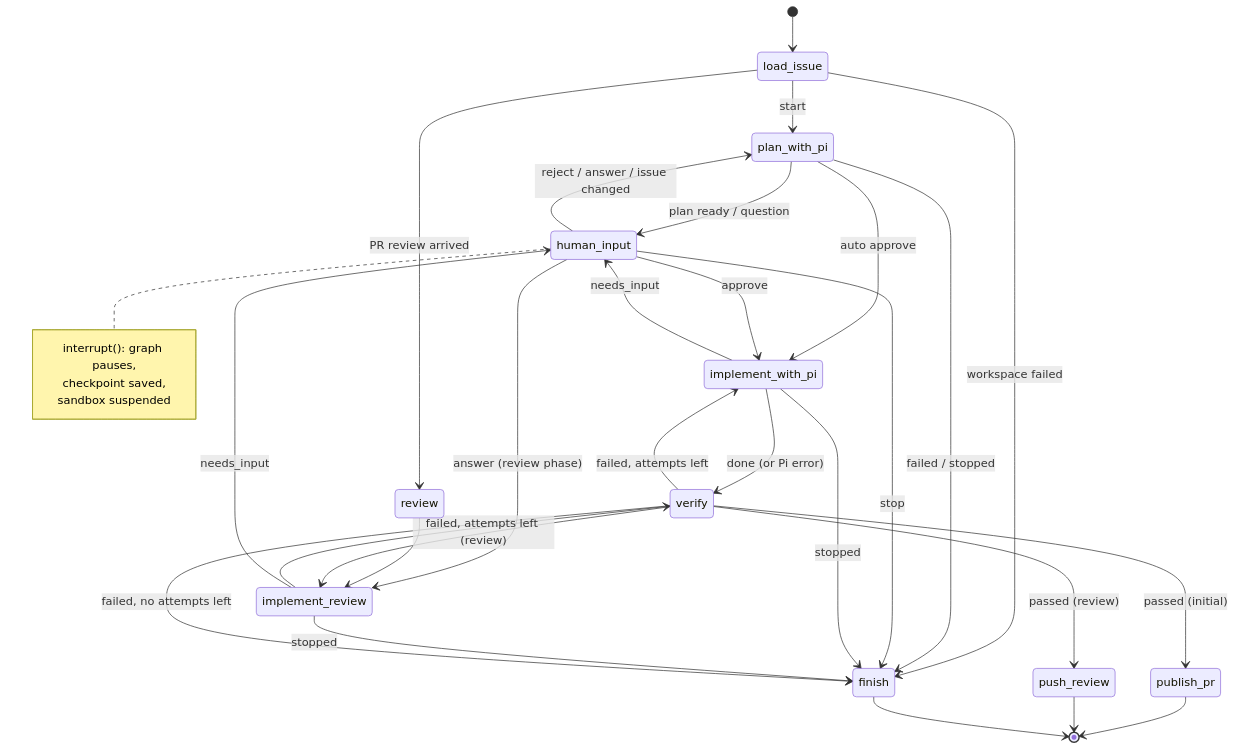
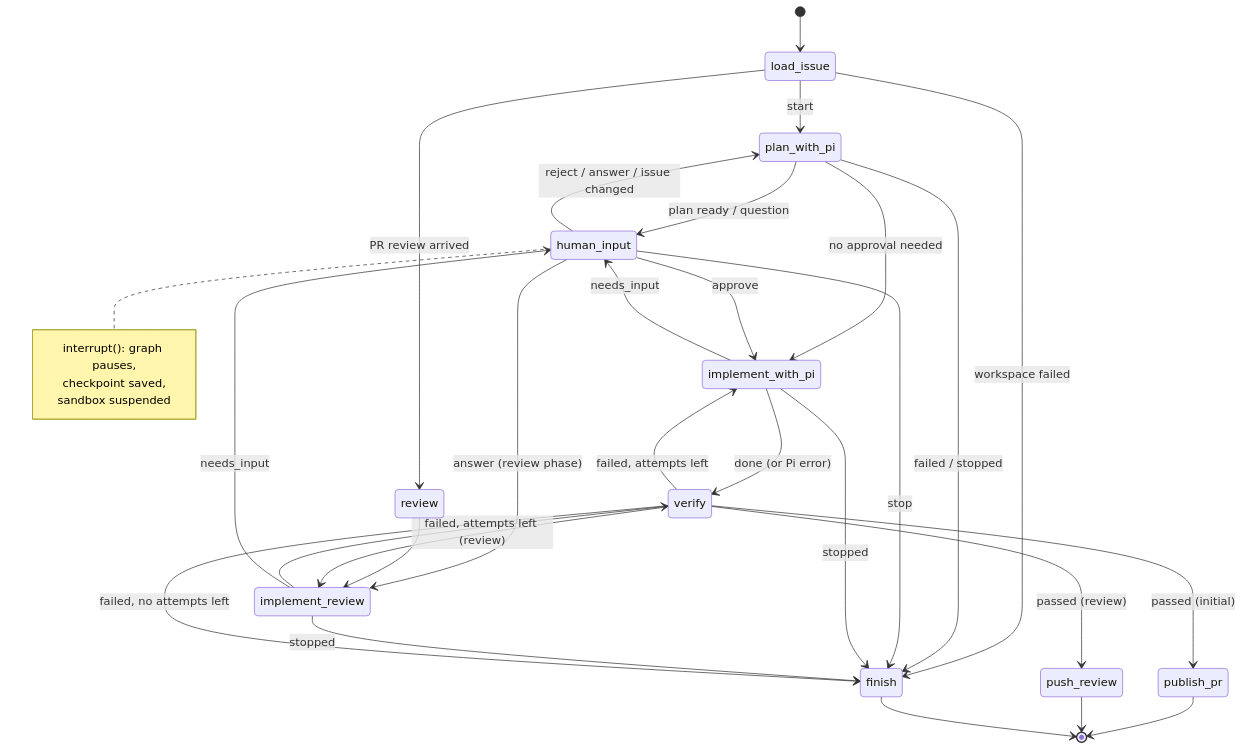
The first of 3 diagrams in docs/04-state-graph.md (NetanelRotem/agent-demo-taskboard), drawn with Mermaid before and after one commit. The commit also changed other lines of this file and 28 other files, not shown here.

First line of the commit message:
Add live dashboard, review rounds, and complexity-based plan approval

````diff
--- a/docs/04-state-graph.md
+++ b/docs/04-state-graph.md
@@ -15,42 +15,42 @@
 ```mermaid
 stateDiagram-v2
     [*] --> load_issue
 
     load_issue --> plan_with_pi: start
     load_issue --> review: PR review arrived
     load_issue --> finish: workspace failed
 
     plan_with_pi --> human_input: plan ready / question
-    plan_with_pi --> implement_with_pi: auto approve
+    plan_with_pi --> implement_with_pi: no approval needed
     plan_with_pi --> finish: failed / stopped
 
     human_input --> implement_with_pi: approve
     human_input --> plan_with_pi: reject / answer / issue changed
     human_input --> implement_review: answer (review phase)
     human_input --> finish: stop
 
     implement_with_pi --> verify: done (or Pi error)
     implement_with_pi --> human_input: needs_input
     implement_with_pi --> finish: stopped
 
     review --> implement_review
     implement_review --> verify
     implement_review --> human_input: needs_input
     implement_review --> finish: stopped
 
     verify --> publish_pr: passed (initial)
     verify --> push_review: passed (review)
     verify --> implement_with_pi: failed, attempts left
     verify --> implement_review: failed, attempts left (review)
     verify --> finish: failed, no attempts left
 
     publish_pr --> [*]
     push_review --> [*]
     finish --> [*]
 
     note right of human_input
         interrupt(): graph pauses,
         checkpoint saved,
         sandbox suspended
     end note
 ```
````
